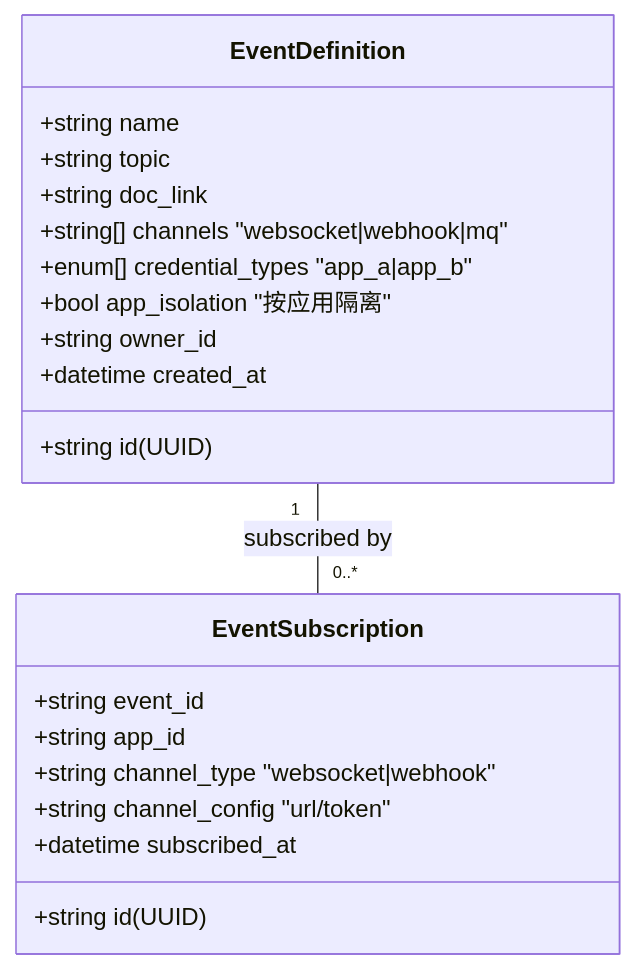
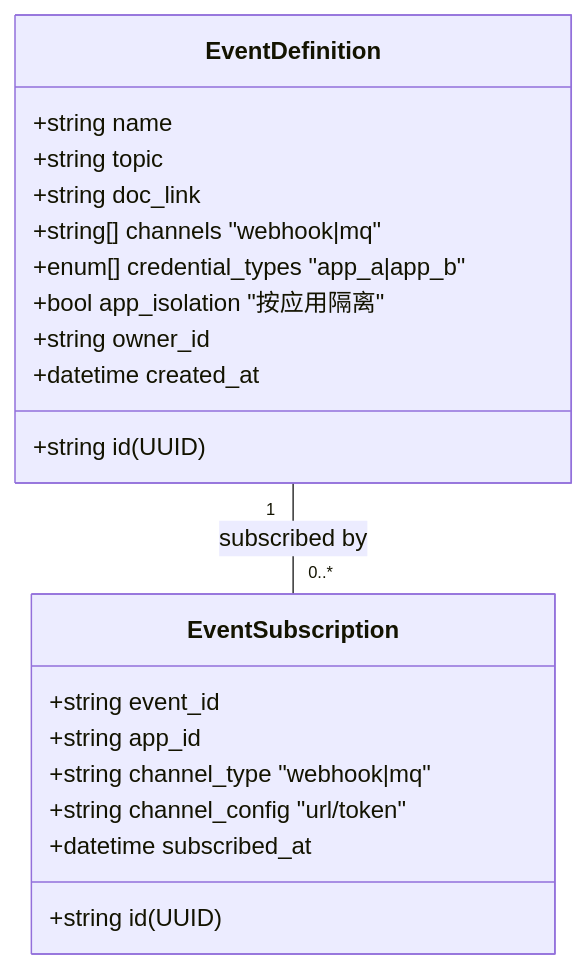
One commit to THZSummer/open-app changed the sixth of 7 diagrams in .sddu/specs-tree-root/specs-tree-capability-open-platform/spec.md. Above: the diagram before and after it, drawn with Mermaid. The commit also changed other lines of this file, not shown here.

````diff
--- a/.sddu/specs-tree-root/specs-tree-capability-open-platform/spec.md
+++ b/.sddu/specs-tree-root/specs-tree-capability-open-platform/spec.md
@@ -434,25 +434,25 @@
 ```mermaid
 classDiagram
     class EventDefinition {
         +string id (UUID)
         +string name
         +string topic
         +string doc_link
-        +string[] channels "websocket|webhook|mq"
+        +string[] channels "webhook|mq"
         +enum[] credential_types "app_a|app_b"
         +bool app_isolation "按应用隔离"
         +string owner_id
         +datetime created_at
     }
     
     class EventSubscription {
         +string id (UUID)
         +string event_id
         +string app_id
-        +string channel_type "websocket|webhook"
+        +string channel_type "webhook|mq"
         +string channel_config "url/token"
         +datetime subscribed_at
     }
     
     EventDefinition "1" -- "0..*" EventSubscription : subscribed by
 ```
````
